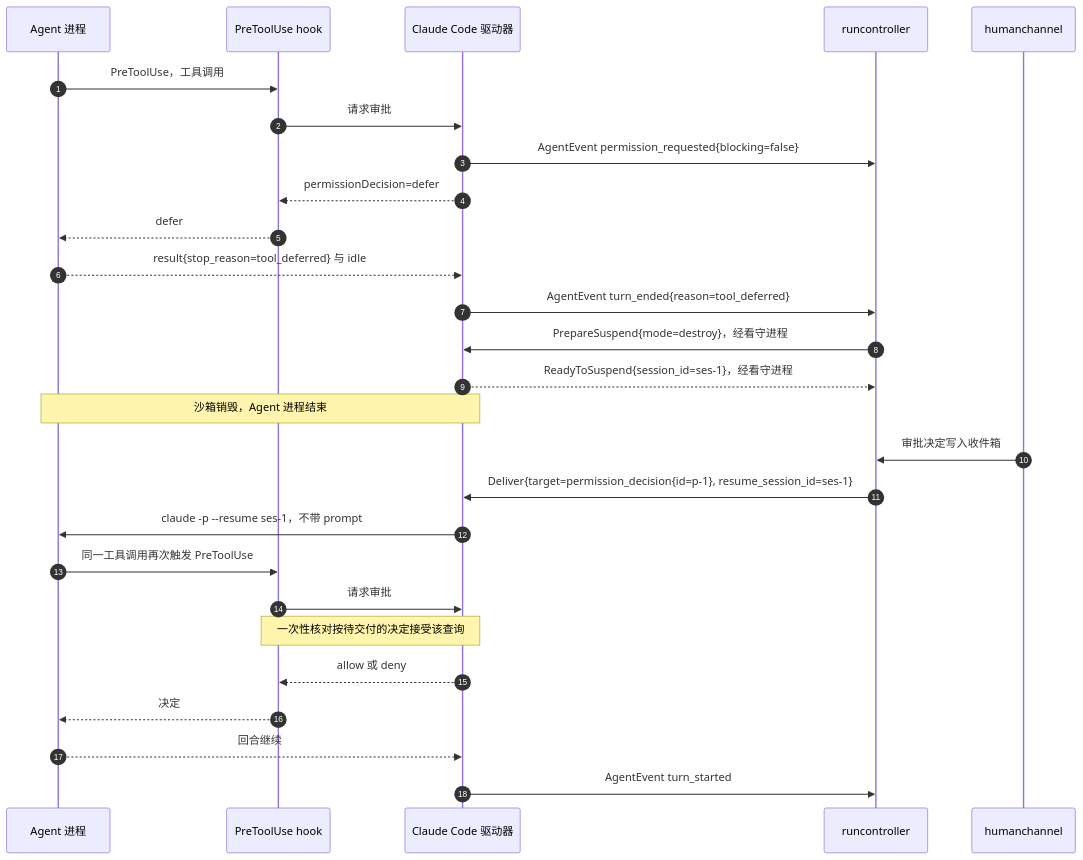
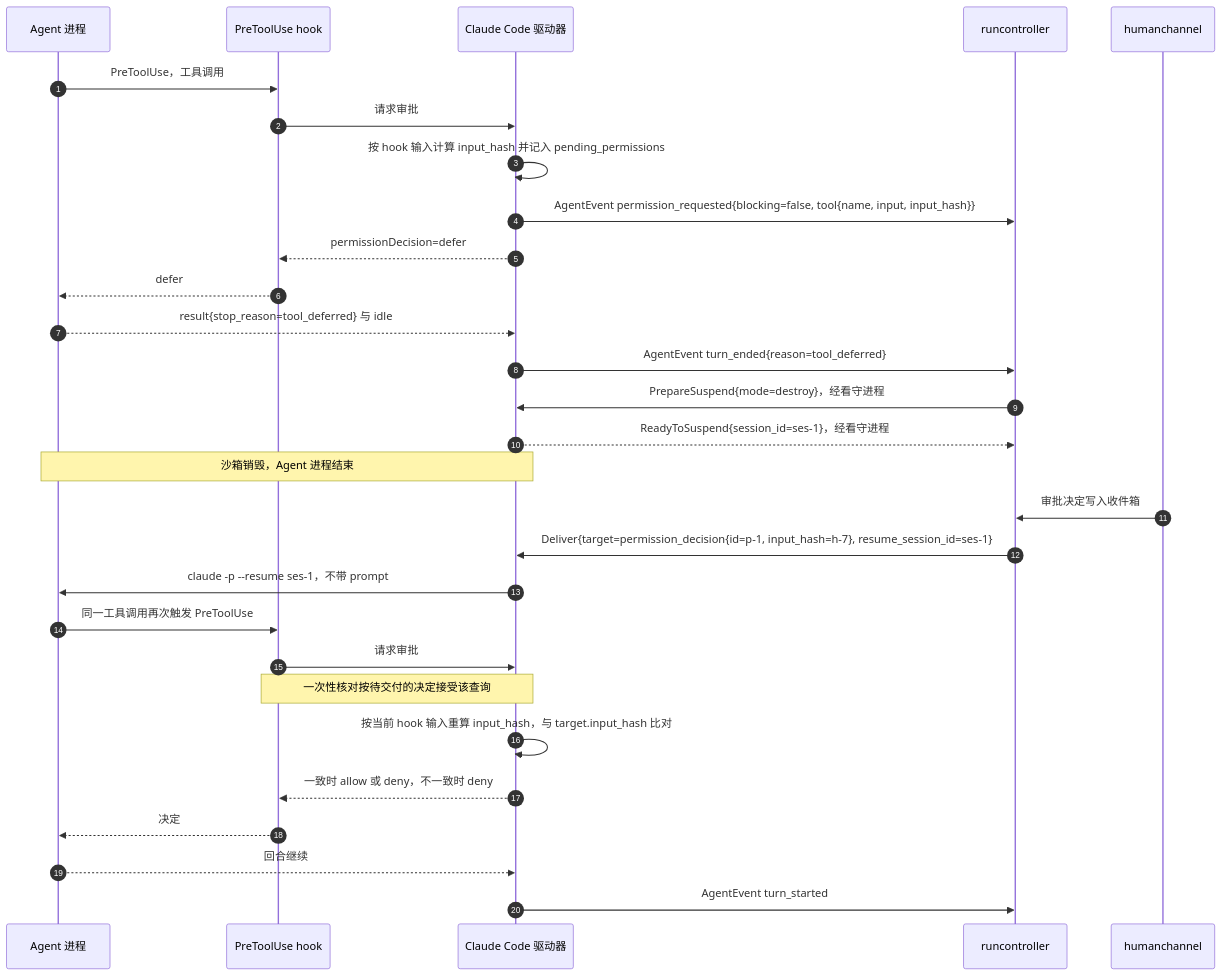
One commit to wangzw/castworks changed the second of 4 diagrams in docs/design/modules/warden/design-warden-driver-claude-code.md. Above: the diagram before and after it, drawn with Mermaid. The commit also changed other lines of this file and 29 other files, not shown here.

````diff
--- a/docs/design/modules/warden/design-warden-driver-claude-code.md
+++ b/docs/design/modules/warden/design-warden-driver-claude-code.md
@@ -183,29 +183,31 @@
 ```mermaid
 sequenceDiagram
     autonumber
     participant A as Agent 进程
     participant H as PreToolUse hook
     participant D as Claude Code 驱动器
     participant R as runcontroller
     participant C as humanchannel
     A->>H: PreToolUse，工具调用
     H->>D: 请求审批
-    D->>R: AgentEvent permission_requested{blocking=false}
+    D->>D: 按 hook 输入计算 input_hash 并记入 pending_permissions
+    D->>R: AgentEvent permission_requested{blocking=false, tool{name, input, input_hash}}
     D-->>H: permissionDecision=defer
     H-->>A: defer
     A-->>D: result{stop_reason=tool_deferred} 与 idle
     D->>R: AgentEvent turn_ended{reason=tool_deferred}
     R->>D: PrepareSuspend{mode=destroy}，经看守进程
     D-->>R: ReadyToSuspend{session_id=ses-1}，经看守进程
     Note over D,A: 沙箱销毁，Agent 进程结束
     C->>R: 审批决定写入收件箱
-    R->>D: Deliver{target=permission_decision{id=p-1}, resume_session_id=ses-1}
+    R->>D: Deliver{target=permission_decision{id=p-1, input_hash=h-7}, resume_session_id=ses-1}
     D->>A: claude -p --resume ses-1，不带 prompt
     A->>H: 同一工具调用再次触发 PreToolUse
     H->>D: 请求审批
     Note over H,D: 一次性核对按待交付的决定接受该查询
-    D-->>H: allow 或 deny
+    D->>D: 按当前 hook 输入重算 input_hash，与 target.input_hash 比对
+    D-->>H: 一致时 allow 或 deny，不一致时 deny
     H-->>A: 决定
     A-->>D: 回合继续
     D->>R: AgentEvent turn_started
 ```
````
